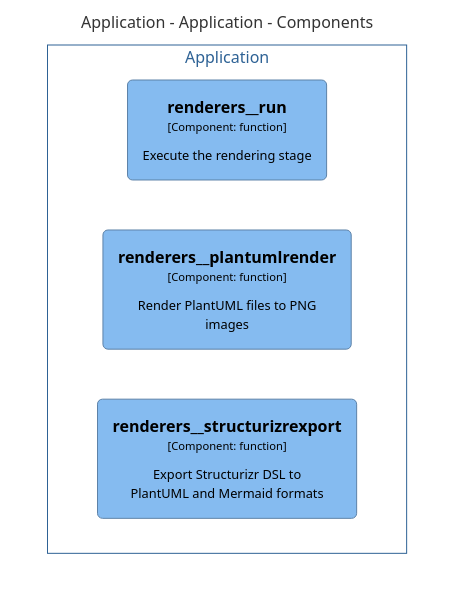
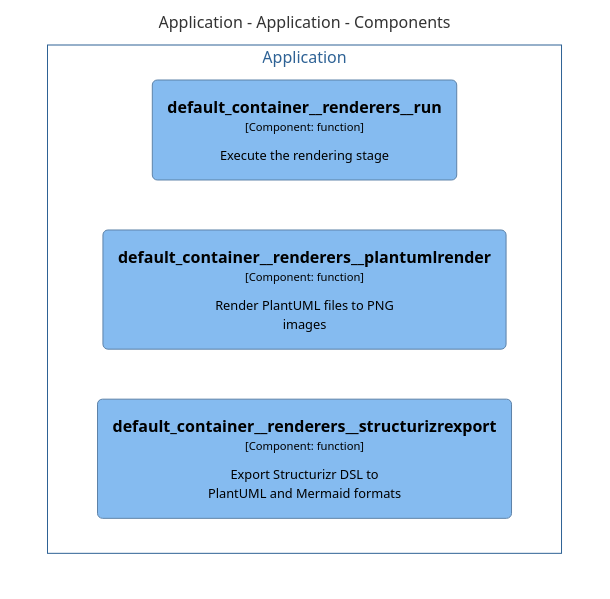
Before and after one commit to chrislyons-dev/archlette: the diagram in src/templates/docs/architecture/diagrams/mermaid/structurizr-Classes_default_container__renderers.mmd, drawn with Mermaid (neutral theme). The commit also changed 189 other files, not shown here.

```diff
--- a/src/templates/docs/architecture/diagrams/mermaid/structurizr-Classes_default_container__renderers.mmd
+++ b/src/templates/docs/architecture/diagrams/mermaid/structurizr-Classes_default_container__renderers.mmd
@@ -1,18 +1,18 @@
 graph TB
   linkStyle default fill:#ffffff
 
   subgraph diagram ["Application - Application - Components"]
     style diagram fill:#ffffff,stroke:#ffffff
 
     subgraph 8 ["Application"]
       style 8 fill:#ffffff,stroke:#2e6295,color:#2e6295
 
-      33("<div style='font-weight: bold'>renderers__run</div><div style='font-size: 70%; margin-top: 0px'>[Component: function]</div><div style='font-size: 80%; margin-top:10px'>Execute the rendering stage</div>")
+      33("<div style='font-weight: bold'>default_container__renderers__run</div><div style='font-size: 70%; margin-top: 0px'>[Component: function]</div><div style='font-size: 80%; margin-top:10px'>Execute the rendering stage</div>")
       style 33 fill:#85bbf0,stroke:#5d82a8,color:#000000
-      87("<div style='font-weight: bold'>renderers__plantumlrender</div><div style='font-size: 70%; margin-top: 0px'>[Component: function]</div><div style='font-size: 80%; margin-top:10px'>Render PlantUML files to PNG<br />images</div>")
-      style 87 fill:#85bbf0,stroke:#5d82a8,color:#000000
-      88("<div style='font-weight: bold'>renderers__structurizrexport</div><div style='font-size: 70%; margin-top: 0px'>[Component: function]</div><div style='font-size: 80%; margin-top:10px'>Export Structurizr DSL to<br />PlantUML and Mermaid formats</div>")
-      style 88 fill:#85bbf0,stroke:#5d82a8,color:#000000
+      89("<div style='font-weight: bold'>default_container__renderers__plantumlrender</div><div style='font-size: 70%; margin-top: 0px'>[Component: function]</div><div style='font-size: 80%; margin-top:10px'>Render PlantUML files to PNG<br />images</div>")
+      style 89 fill:#85bbf0,stroke:#5d82a8,color:#000000
+      90("<div style='font-weight: bold'>default_container__renderers__structurizrexport</div><div style='font-size: 70%; margin-top: 0px'>[Component: function]</div><div style='font-size: 80%; margin-top:10px'>Export Structurizr DSL to<br />PlantUML and Mermaid formats</div>")
+      style 90 fill:#85bbf0,stroke:#5d82a8,color:#000000
     end
 
   end
```
